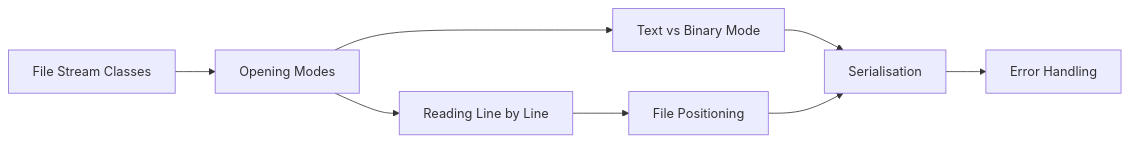
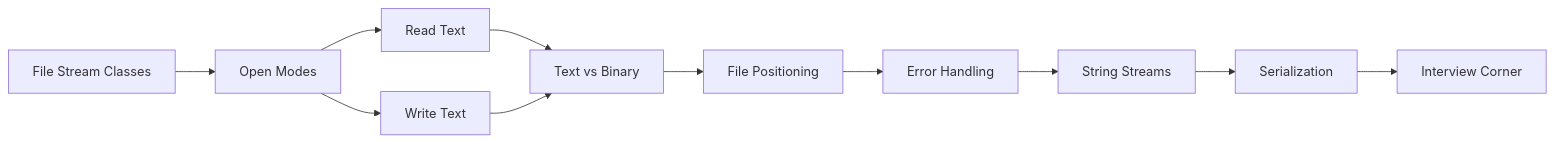
One commit to Raushan666java/ai-engineering-journey changed the diagram in docs/courses/oop-cpp/11-file-io.md. Above: the diagram before and after it, drawn with Mermaid. The commit also changed other lines of this file and 15 other files, not shown here.

````diff
--- a/docs/courses/oop-cpp/11-file-io.md
+++ b/docs/courses/oop-cpp/11-file-io.md
@@ -28,10 +53,13 @@
 ```mermaid
 flowchart LR
-    A[File Stream Classes] --> B[Opening Modes]
-    B --> C[Reading Line by Line]
-    B --> D[Text vs Binary Mode]
-    C --> E[File Positioning]
-    D --> F[Serialisation]
-    E --> F
+    A[File Stream Classes] --> B[Open Modes]
+    B --> C[Read Text]
+    B --> D[Write Text]
+    C --> E[Text vs Binary]
+    D --> E
+    E --> F[File Positioning]
     F --> G[Error Handling]
+    G --> H[String Streams]
+    H --> I[Serialization]
+    I --> J[Interview Corner]
 ```
````
